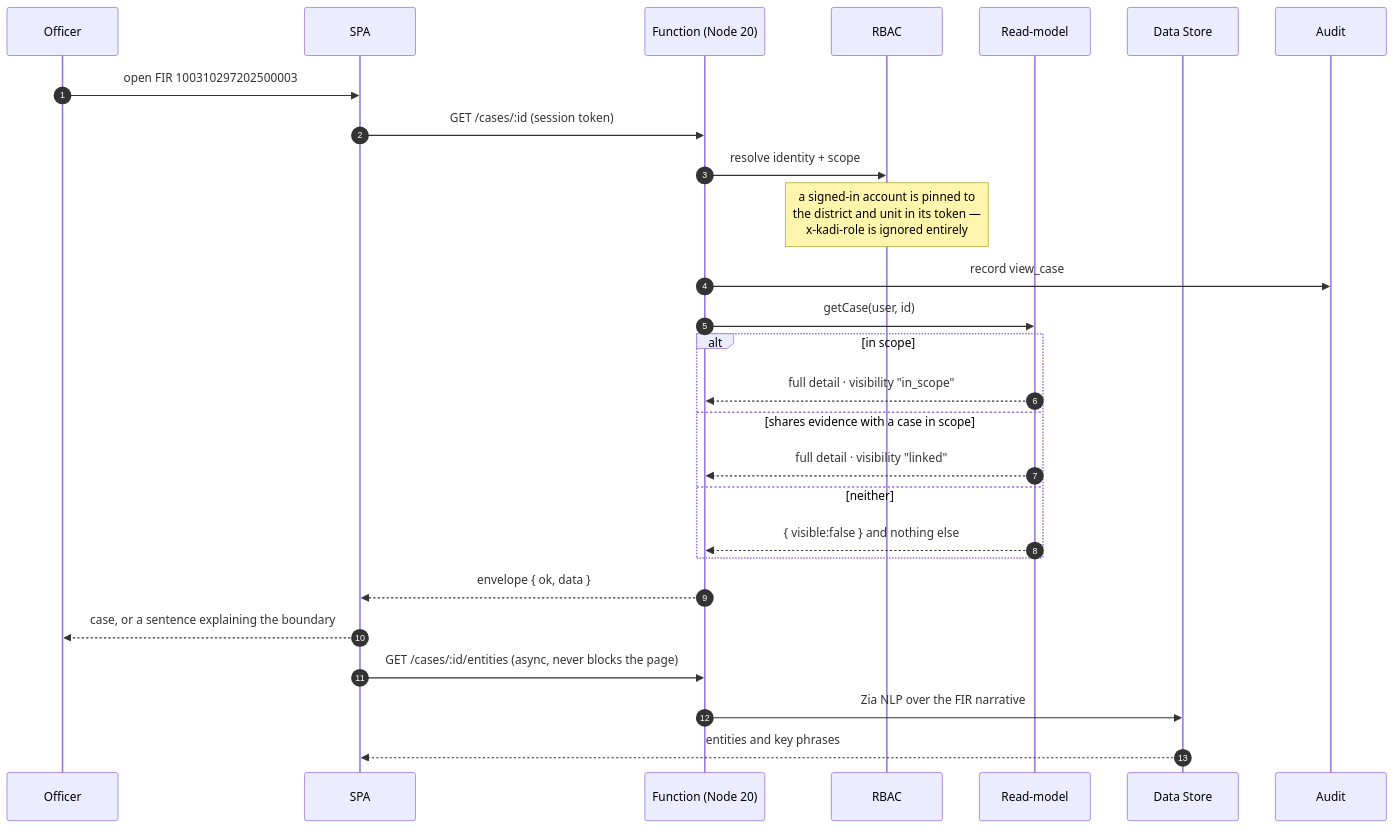
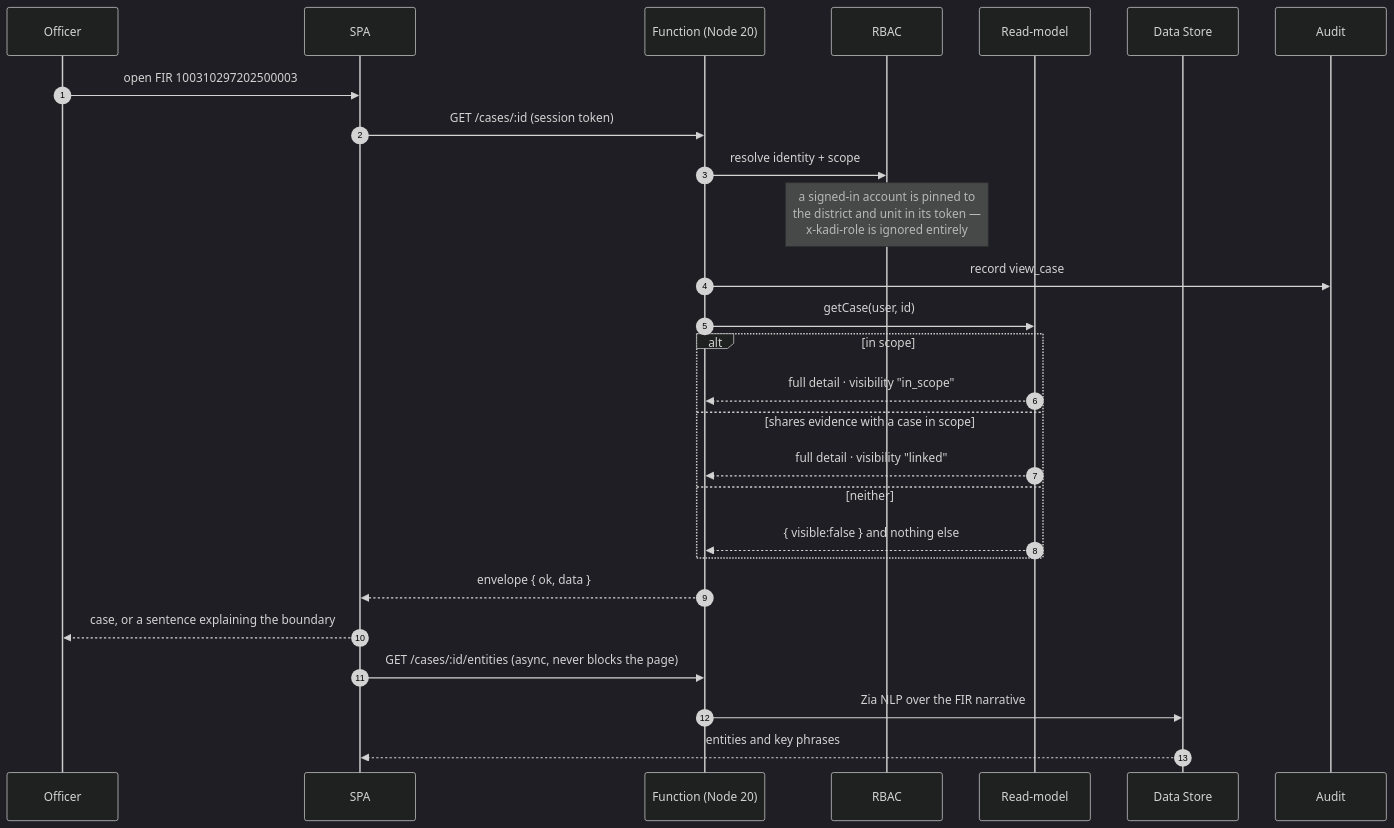
One commit to adarshcod30/Kadi changed the third of 6 diagrams in README.md. Above: the diagram before and after it, drawn with Mermaid. The commit also changed other lines of this file, not shown here.

First line of the commit message:
Restyle the diagrams for a dark page

````diff
--- a/README.md
+++ b/README.md
@@ -371,30 +375,31 @@
 ```mermaid
+%%{init: {'theme':'dark','themeVariables':{'fontSize':'15px','fontFamily':'ui-sans-serif, system-ui, sans-serif','lineColor':'#6e7681','primaryTextColor':'#e6edf3'}}}%%
 sequenceDiagram
     autonumber
     participant O as Officer
     participant S as SPA
     participant F as Function (Node 20)
     participant R as RBAC
     participant Q as Read-model
     participant D as Data Store
     participant A as Audit
 
     O->>S: open FIR 100310297202500003
     S->>F: GET /cases/:id  (session token)
     F->>R: resolve identity + scope
     Note over R: a signed-in account is pinned to<br/>the district and unit in its token —<br/>x-kadi-role is ignored entirely
     F->>A: record view_case
     F->>Q: getCase(user, id)
     alt in scope
         Q-->>F: full detail · visibility "in_scope"
     else shares evidence with a case in scope
         Q-->>F: full detail · visibility "linked"
     else neither
         Q-->>F: { visible:false } and nothing else
     end
     F-->>S: envelope { ok, data }
     S-->>O: case, or a sentence explaining the boundary
     S->>F: GET /cases/:id/entities  (async, never blocks the page)
     F->>D: Zia NLP over the FIR narrative
     D-->>S: entities and key phrases
 ```
````
